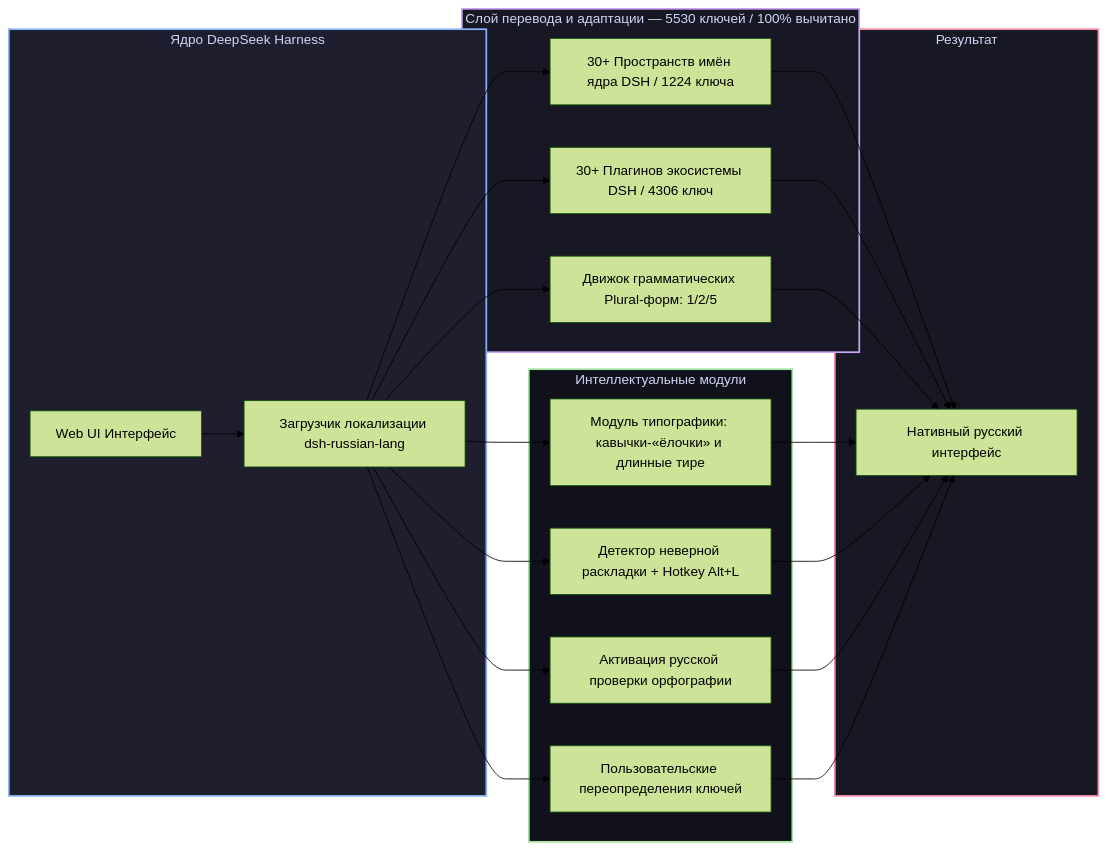
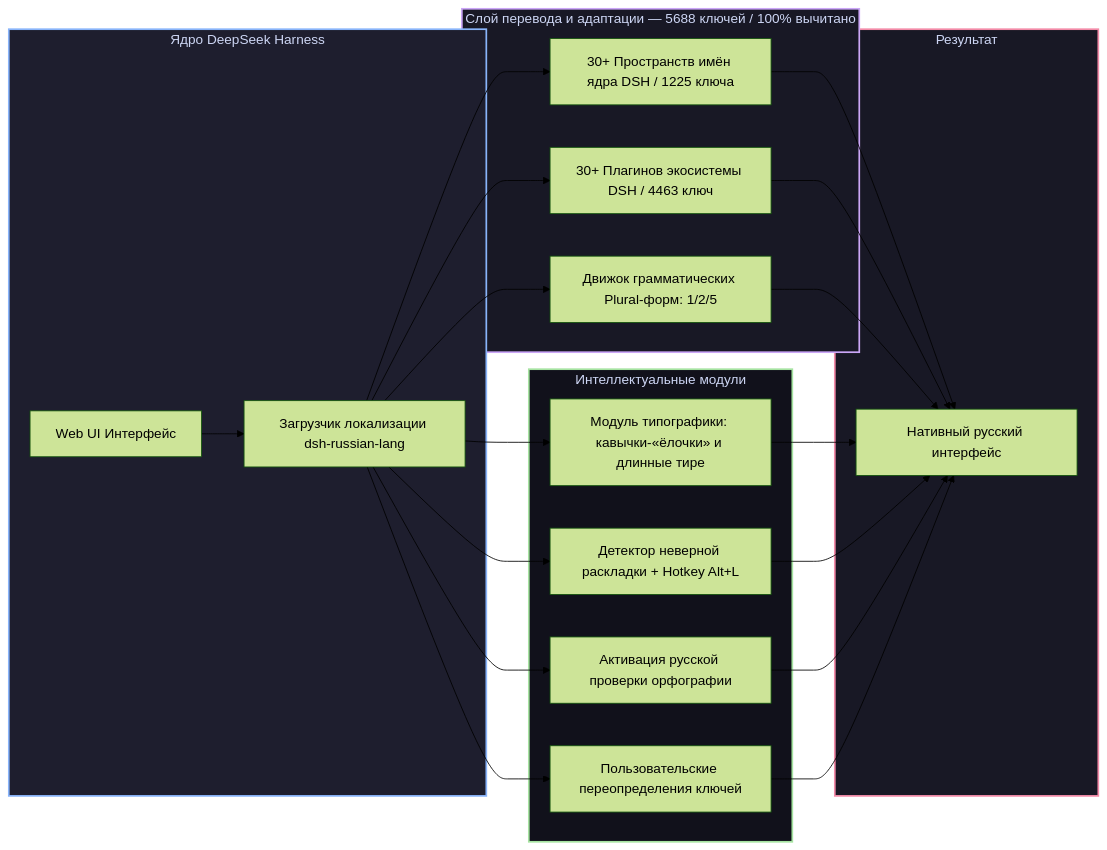
Before and after one commit to GooDAnDReaDY/dsh-russian-lang: the diagram in README.md, drawn with Mermaid (forest theme). The commit also changed other lines of this file and 10 other files, not shown here.

````diff
--- a/README.md
+++ b/README.md
@@ -39,34 +39,34 @@
 ```mermaid
 graph LR
     subgraph DSHCore [Ядро DeepSeek Harness]
         DSH[Web UI Интерфейс] --> Loader[Загрузчик локализации dsh-russian-lang]
     end
 
-    subgraph TranslationLayer [Слой перевода и адаптации — 5530 ключей / 100% вычитано]
-        Loader --> CoreDict[30+ Пространств имён ядра DSH / 1224 ключа]
-        Loader --> PluginDict[30+ Плагинов экосистемы DSH / 4306 ключ]
+    subgraph TranslationLayer [Слой перевода и адаптации — 5688 ключей / 100% вычитано]
+        Loader --> CoreDict[30+ Пространств имён ядра DSH / 1225 ключа]
+        Loader --> PluginDict[30+ Плагинов экосистемы DSH / 4463 ключ]
         Loader --> PluralEngine[Движок грамматических Plural-форм: 1/2/5]
     end
 
     subgraph SmartFeatures [Интеллектуальные модули]
         Loader --> Typo[Модуль типографики: кавычки-«ёлочки» и длинные тире]
         Loader --> LayoutFix[Детектор неверной раскладки + Hotkey Alt+L]
         Loader --> Spell[Активация русской проверки орфографии]
         Loader --> Overrides[Пользовательские переопределения ключей]
     end
 
     subgraph Result [Результат]
         CoreDict --> NativeUI[Нативный русский интерфейс]
         PluginDict --> NativeUI
         PluralEngine --> NativeUI
         Typo --> NativeUI
         LayoutFix --> NativeUI
         Spell --> NativeUI
         Overrides --> NativeUI
     end
 
     style DSHCore fill:#1e1e2e,stroke:#89b4fa,stroke-width:2px,color:#cdd6f4
     style TranslationLayer fill:#181825,stroke:#cba6f7,stroke-width:2px,color:#cdd6f4
     style SmartFeatures fill:#11111b,stroke:#a6e3a1,stroke-width:2px,color:#cdd6f4
     style Result fill:#181825,stroke:#f38ba8,stroke-width:2px,color:#cdd6f4
 ```
````
